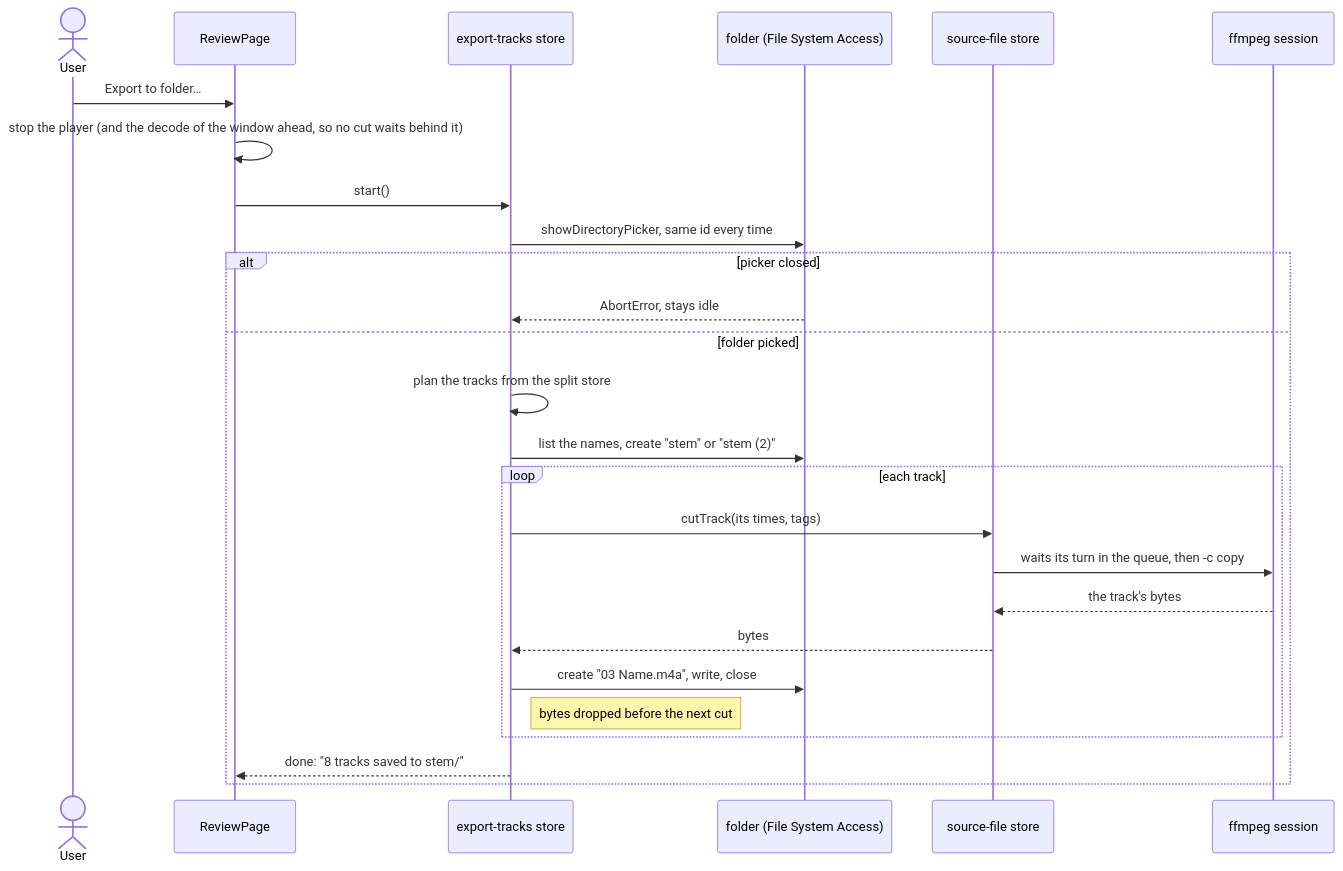
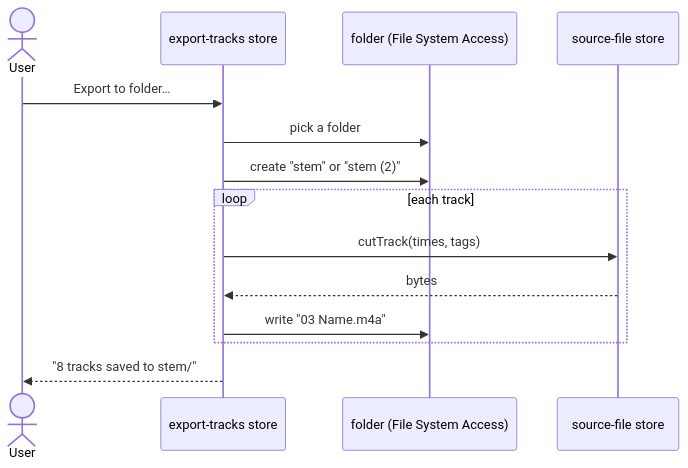
One commit to suleymanyaryev/audio-splitter changed the seventh of 9 diagrams in docs/architecture.md. Above: the diagram before and after it, drawn with Mermaid. The commit also changed other lines of this file and 11 other files, not shown here.

First line of the commit message:
docs: trim the agent docs, README and architecture to what holds now

````diff
--- a/docs/architecture.md
+++ b/docs/architecture.md
@@ -190,29 +186,17 @@
 ```mermaid
 sequenceDiagram
   actor User
-  participant page as ReviewPage
   participant exporter as export-tracks store
   participant folder as folder (File System Access)
   participant store as source-file store
-  participant session as ffmpeg session
 
-  User->>page: Export to folder…
-  page->>page: stop the player (and the decode of the window ahead, so no cut waits behind it)
-  page->>exporter: start()
-  exporter->>folder: showDirectoryPicker, same id every time
-  alt picker closed
-    folder-->>exporter: AbortError, stays idle
-  else folder picked
-    exporter->>exporter: plan the tracks from the split store
-    exporter->>folder: list the names, create "stem" or "stem (2)"
-    loop each track
-      exporter->>store: cutTrack(its times, tags)
-      store->>session: waits its turn in the queue, then -c copy
-      session-->>store: the track's bytes
-      store-->>exporter: bytes
-      exporter->>folder: create "03 Name.m4a", write, close
-      Note right of exporter: bytes dropped before the next cut
-    end
-    exporter-->>page: done: "8 tracks saved to stem/"
+  User->>exporter: Export to folder…
+  exporter->>folder: pick a folder
+  exporter->>folder: create "stem" or "stem (2)"
+  loop each track
+    exporter->>store: cutTrack(times, tags)
+    store-->>exporter: bytes
+    exporter->>folder: write "03 Name.m4a"
   end
+  exporter-->>User: "8 tracks saved to stem/"
 ```
````
